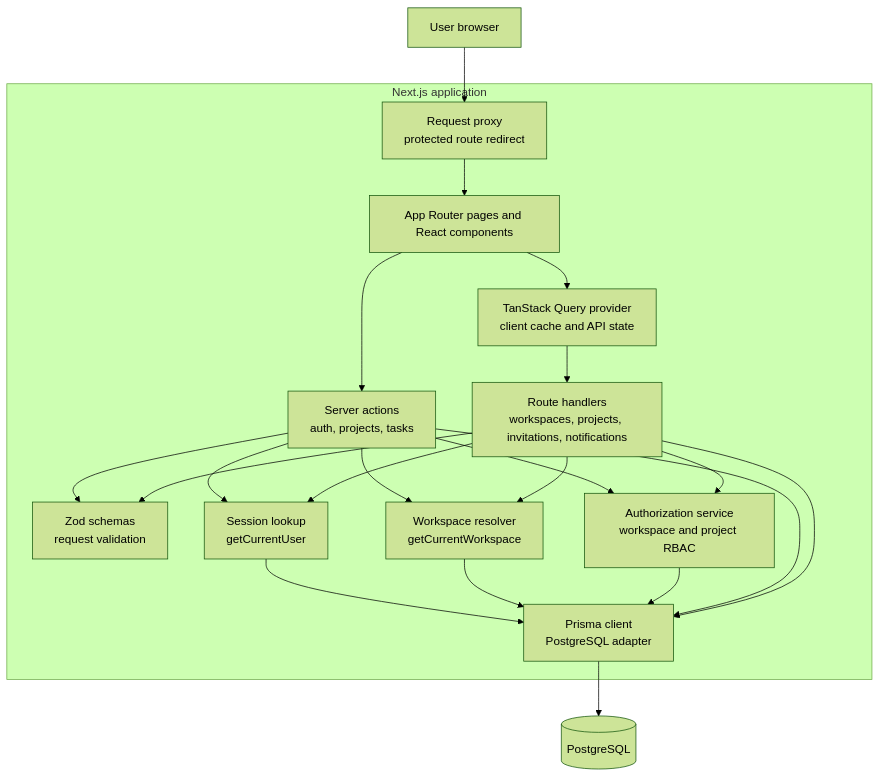
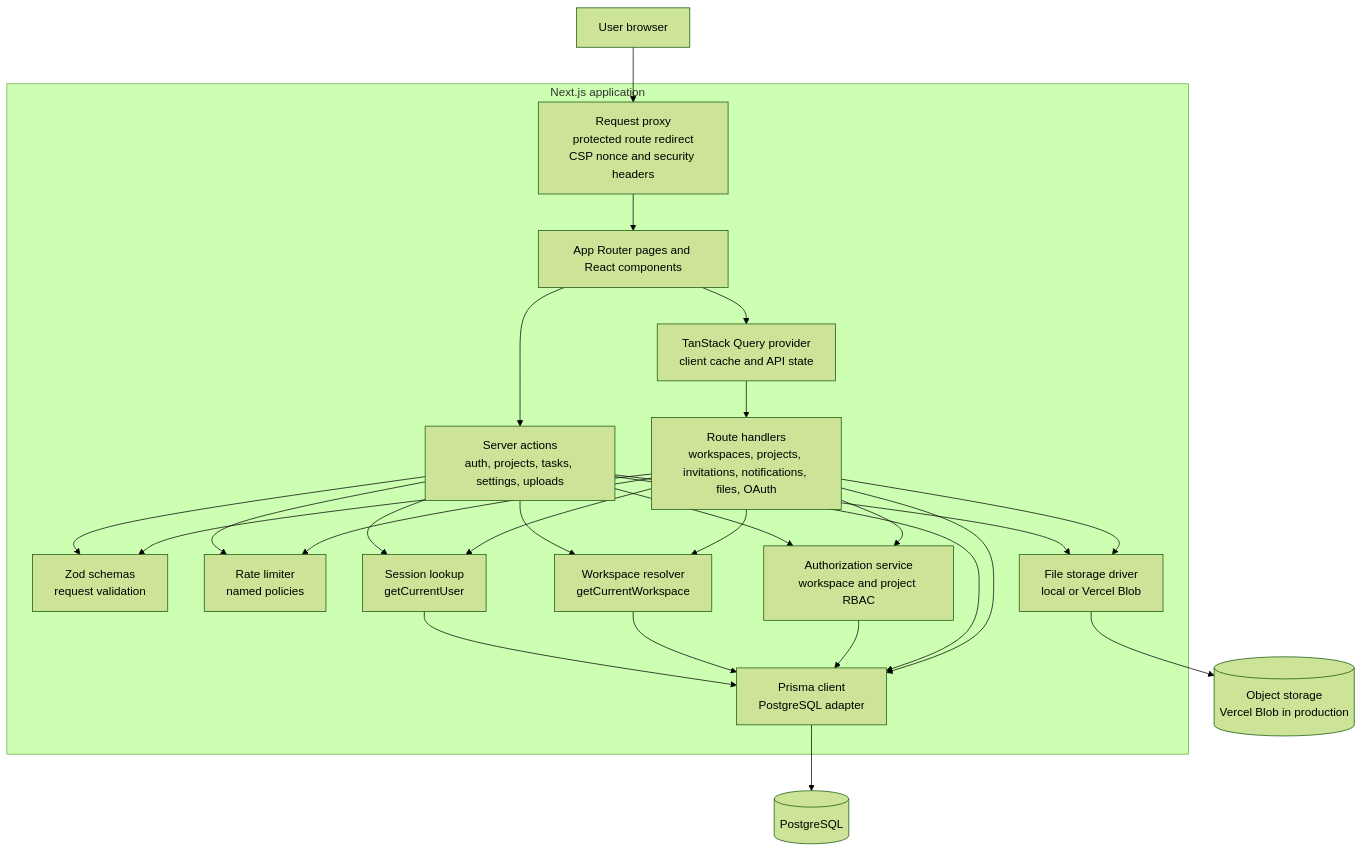
Before and after one commit to mohamedosama2004/Nexus: the first of 4 diagrams in README.md, drawn with Mermaid (forest theme). The commit also changed other lines of this file, not shown here.

First line of the commit message:
Update README with new features and security details

````diff
--- a/README.md
+++ b/README.md
@@ -42,39 +55,47 @@
 ```mermaid
 flowchart TD
     U[User browser]
 
     subgraph NEXT[Next.js application]
-        P[Request proxy\nprotected route redirect]
+        P[Request proxy\nprotected route redirect\nCSP nonce and security headers]
         UI[App Router pages and React components]
         Q[TanStack Query provider\nclient cache and API state]
-        SA[Server actions\nauth, projects, tasks]
-        RH[Route handlers\nworkspaces, projects, invitations, notifications]
+        SA[Server actions\nauth, projects, tasks, settings, uploads]
+        RH[Route handlers\nworkspaces, projects, invitations, notifications, files, OAuth]
         V[Zod schemas\nrequest validation]
+        RL[Rate limiter\nnamed policies]
         A[Session lookup\ngetCurrentUser]
         W[Workspace resolver\ngetCurrentWorkspace]
         Z[Authorization service\nworkspace and project RBAC]
         PR[Prisma client\nPostgreSQL adapter]
+        FS[File storage driver\nlocal or Vercel Blob]
     end
 
     DB[(PostgreSQL)]
+    OBJ[(Object storage\nVercel Blob in production)]
 
     U --> P
     P --> UI
     UI --> Q
     UI --> SA
     Q --> RH
     SA --> V
     RH --> V
+    SA --> RL
+    RH --> RL
+    SA --> FS
+    RH --> FS
+    FS --> OBJ
     SA --> A
     RH --> A
     SA --> W
     RH --> W
     SA --> Z
     RH --> Z
     A --> PR
     W --> PR
     Z --> PR
     SA --> PR
     RH --> PR
     PR --> DB
 ```
````
